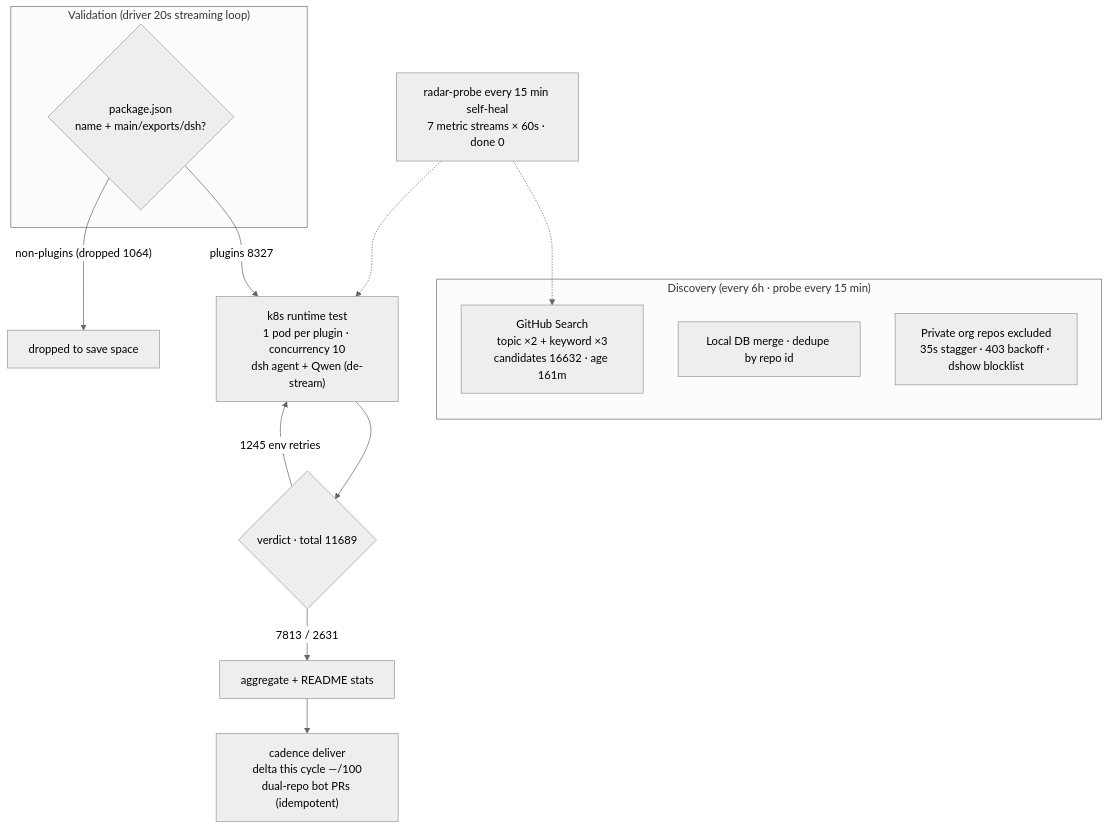
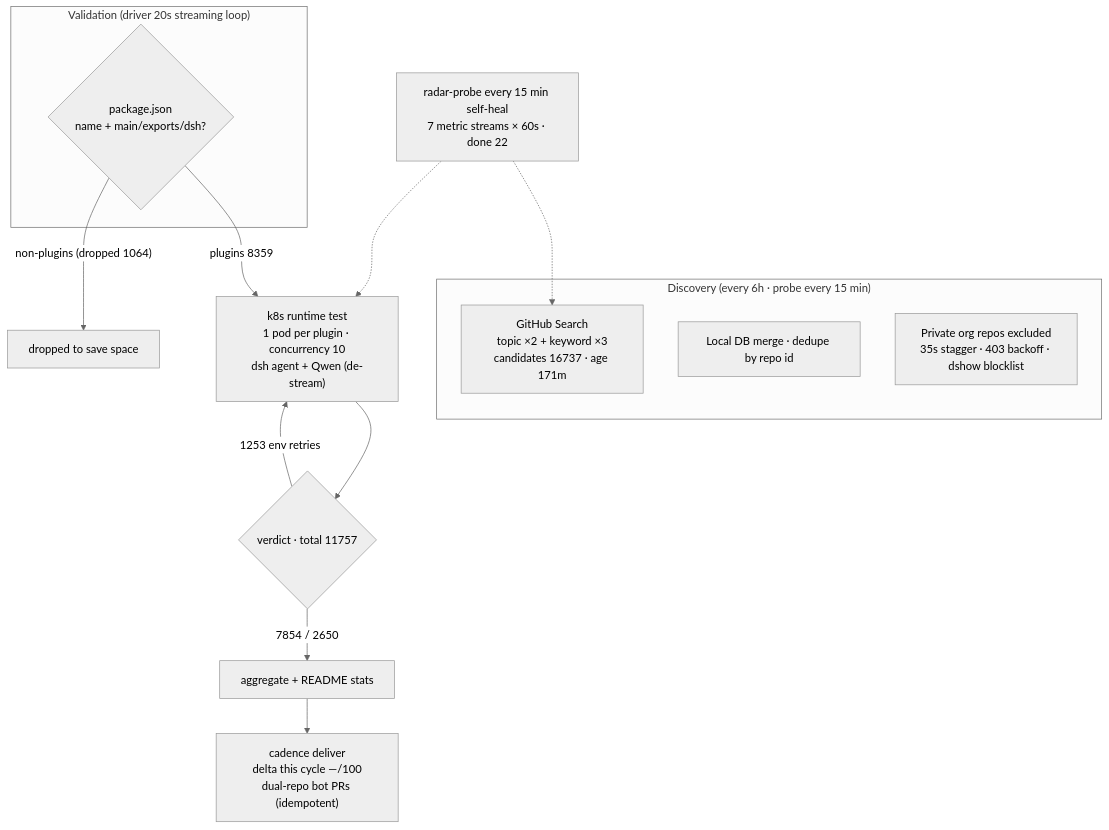
Before and after one commit to Zhidao-Lab-OSS/awesome-dsh-plugins: the diagram in README.en-US.md, drawn with Mermaid (neutral theme). The commit also changed other lines of this file and 1 other file, not shown here.

````diff
--- a/README.en-US.md
+++ b/README.en-US.md
@@ -45,20 +45,20 @@
 ```mermaid
 flowchart TB
     subgraph Discovery["Discovery (every 6h · probe every 15 min)"]
-        A1["GitHub Search<br/>topic ×2 + keyword ×3<br/>candidates 16632 · age 161m"]
+        A1["GitHub Search<br/>topic ×2 + keyword ×3<br/>candidates 16737 · age 171m"]
         A2["Local DB merge · dedupe by repo id"]
         A3["Private org repos excluded<br/>35s stagger · 403 backoff · dshow blocklist"]
     end
     subgraph Validation["Validation (driver 20s streaming loop)"]
         B1{"package.json<br/>name + main/exports/dsh?"}
     end
-    B1 -->|"plugins 8327"| C1["k8s runtime test<br/>1 pod per plugin · concurrency 10<br/>dsh agent + Qwen (de-stream)"]
+    B1 -->|"plugins 8359"| C1["k8s runtime test<br/>1 pod per plugin · concurrency 10<br/>dsh agent + Qwen (de-stream)"]
     B1 -->|"non-plugins (dropped 1064)"| B3["dropped to save space"]
-    C1 --> D1{"verdict · total 11689"}
-    D1 -->|"7813 / 2631"| E1["aggregate + README stats"]
-    D1 -->|"1245 env retries"| C1
+    C1 --> D1{"verdict · total 11757"}
+    D1 -->|"7854 / 2650"| E1["aggregate + README stats"]
+    D1 -->|"1253 env retries"| C1
     E1 --> E2["cadence deliver<br/>delta this cycle —/100<br/>dual-repo bot PRs (idempotent)"]
-    M["radar-probe every 15 min self-heal<br/>7 metric streams × 60s · done 0"]
+    M["radar-probe every 15 min self-heal<br/>7 metric streams × 60s · done 22"]
     M -.-> A1
     M -.-> C1
 ```
````
